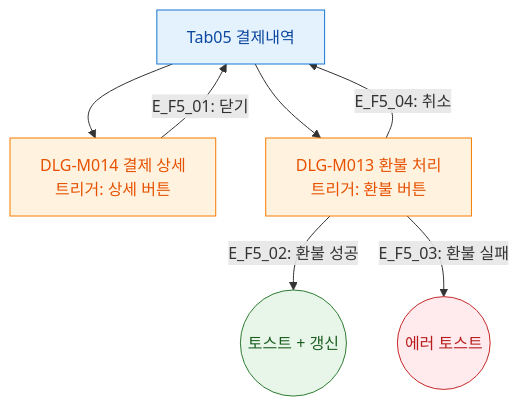
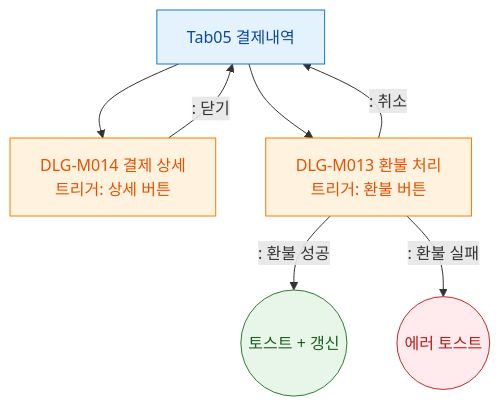
One commit to dev-spogym/admin-pando changed the diagram in docs/다이어그램/D02_회원관리/SCR-M004_회원상세/Tab05_결제내역/F5_모달트리거.md. Above: the diagram before and after it, drawn with Mermaid. The commit also changed other lines of this file and 1660 other files, not shown here.

First line of the commit message:
다이어그램: 기획자/클라이언트 납품본으로 정리

````diff
--- a/docs/다이어그램/D02_회원관리/SCR-M004_회원상세/Tab05_결제내역/F5_모달트리거.md
+++ b/docs/다이어그램/D02_회원관리/SCR-M004_회원상세/Tab05_결제내역/F5_모달트리거.md
@@ -22,19 +20,19 @@
 ```mermaid
 flowchart TD
   TAB[Tab05 결제내역] --> DLG_M014[DLG-M014 결제 상세\n트리거: 상세 버튼]
   TAB --> DLG_M013[DLG-M013 환불 처리\n트리거: 환불 버튼]
 
-  DLG_M014 -->|"E_F5_01: 닫기"| TAB
-  DLG_M013 -->|"E_F5_02: 환불 성공"| OK((토스트 + 갱신))
-  DLG_M013 -->|"E_F5_03: 환불 실패"| ERR((에러 토스트))
-  DLG_M013 -->|"E_F5_04: 취소"| TAB
+  DLG_M014 -->|": 닫기"|TAB
+  DLG_M013 -->|": 환불 성공"|OK((토스트 + 갱신))
+  DLG_M013 -->|": 환불 실패"|ERR((에러 토스트))
+  DLG_M013 -->|": 취소"|TAB
 
   classDef screen fill:#E3F2FD,stroke:#1976D2,color:#0D47A1
   classDef modal fill:#FFF3E0,stroke:#F57C00,color:#E65100
   classDef success fill:#E8F5E9,stroke:#2E7D32,color:#1B5E20
   classDef error fill:#FFEBEE,stroke:#C62828,color:#B71C1C
   class TAB screen
   class DLG_M014,DLG_M013 modal
   class OK success
   class ERR error
 ```
````
